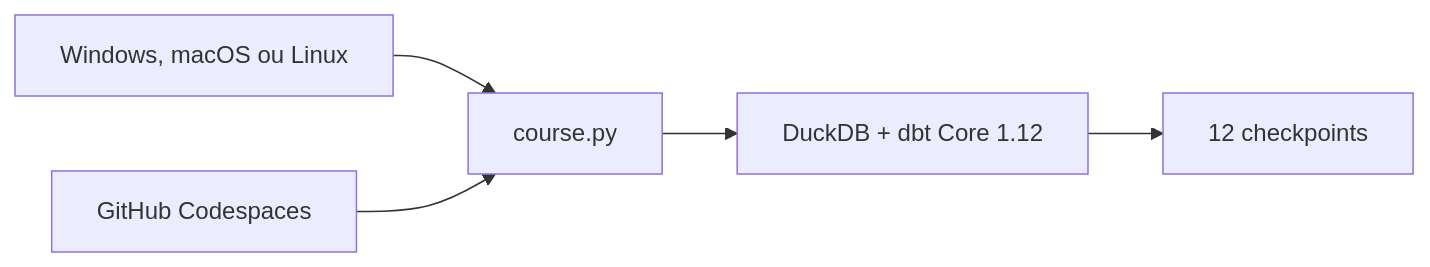
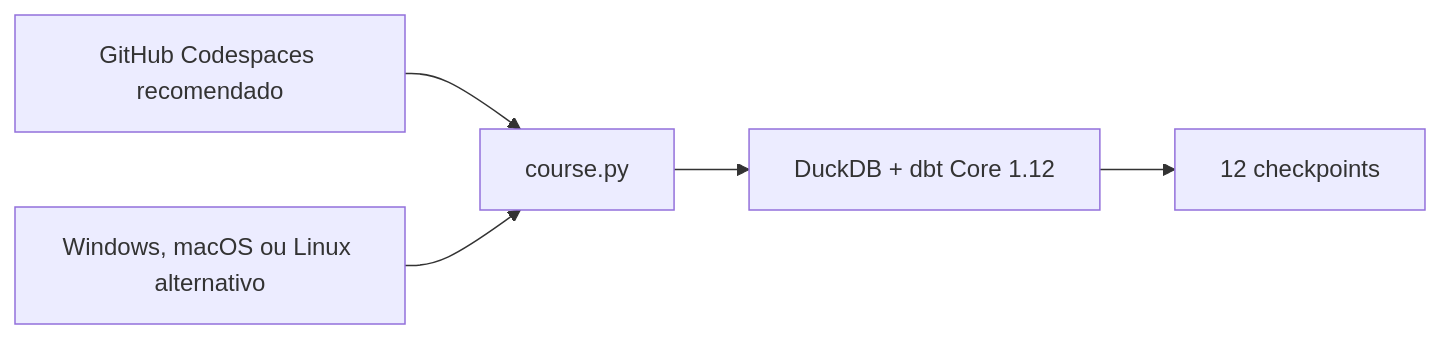
Before and after one commit to AnselmoBorges/dbt-moderno-na-pratica: the diagram in roteiros/aula-00-ambiente.md, drawn with Mermaid. The commit also changed other lines of this file and 22 other files, not shown here.

````diff
--- a/roteiros/aula-00-ambiente.md
+++ b/roteiros/aula-00-ambiente.md
@@ -29,7 +39,7 @@
 ```mermaid
 flowchart LR
-    L[Windows, macOS ou Linux] --> C[course.py]
-    CS[GitHub Codespaces] --> C
+    CS[GitHub Codespaces recomendado] --> C[course.py]
+    L[Windows, macOS ou Linux alternativo] --> C
     C --> D[DuckDB + dbt Core 1.12]
     D --> R[12 checkpoints]
 ```
````
